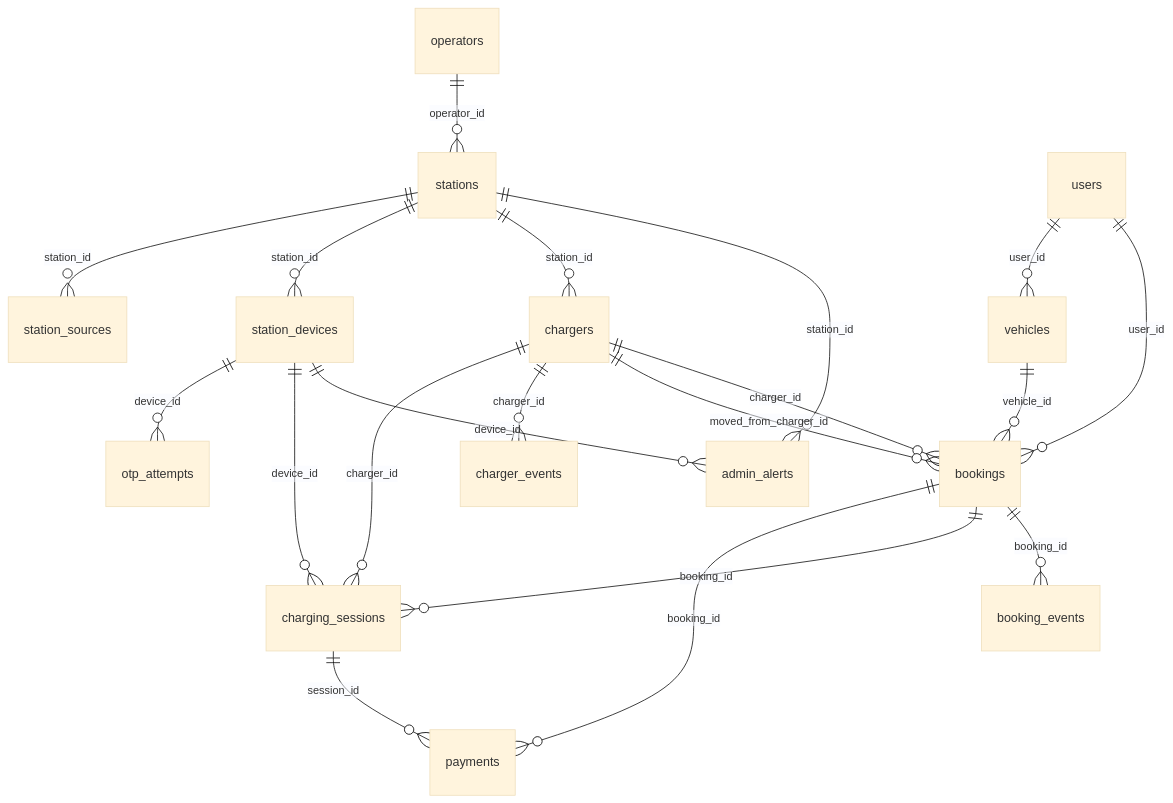
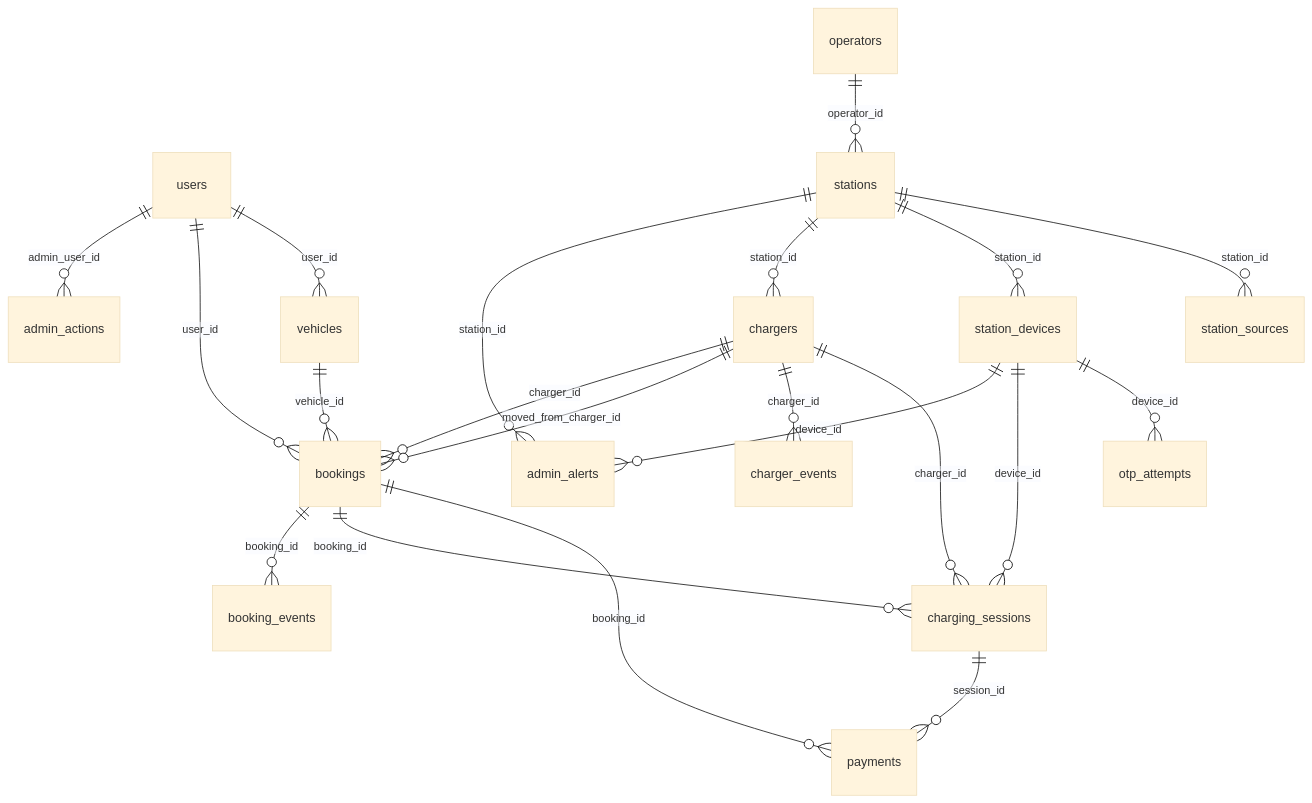
One commit to MeetChaniyara7/ChargeIT changed the diagram in docs/SCHEMA.md. Above: the diagram before and after it, drawn with Mermaid (base theme). The commit also changed other lines of this file and 97 other files, not shown here.

````diff
--- a/docs/SCHEMA.md
+++ b/docs/SCHEMA.md
@@ -33,22 +34,23 @@
 ```mermaid
 erDiagram
+    users ||--o{ admin_actions : "admin_user_id"
     station_devices ||--o{ admin_alerts : "device_id"
     stations ||--o{ admin_alerts : "station_id"
     bookings ||--o{ booking_events : "booking_id"
     chargers ||--o{ bookings : "charger_id"
     chargers ||--o{ bookings : "moved_from_charger_id"
     users ||--o{ bookings : "user_id"
     vehicles ||--o{ bookings : "vehicle_id"
     chargers ||--o{ charger_events : "charger_id"
     stations ||--o{ chargers : "station_id"
     bookings ||--o{ charging_sessions : "booking_id"
     chargers ||--o{ charging_sessions : "charger_id"
     station_devices ||--o{ charging_sessions : "device_id"
     station_devices ||--o{ otp_attempts : "device_id"
     bookings ||--o{ payments : "booking_id"
     charging_sessions ||--o{ payments : "session_id"
     stations ||--o{ station_devices : "station_id"
     stations ||--o{ station_sources : "station_id"
     operators ||--o{ stations : "operator_id"
     users ||--o{ vehicles : "user_id"
 ```
````
